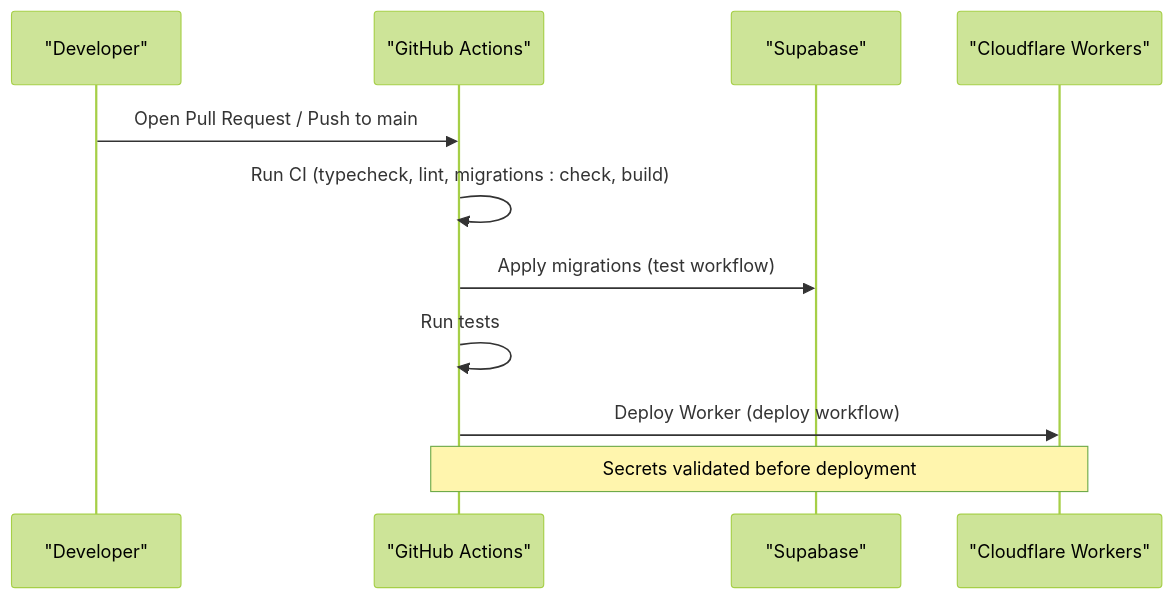
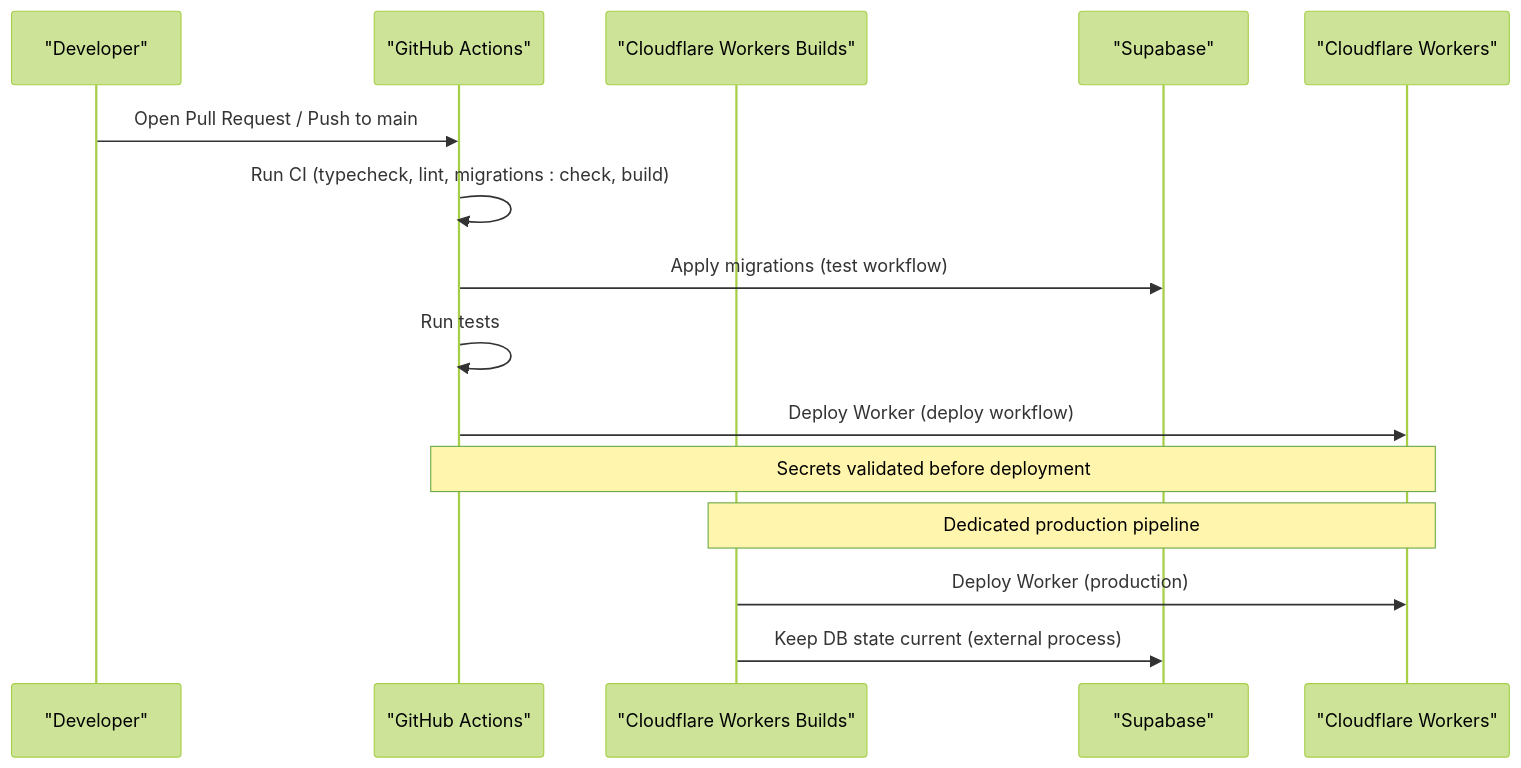
Before and after one commit to gastaldellomarco/pcReady: the second of 10 diagrams in .qoder/repowiki/en/content/Deployment and DevOps.md, drawn with Mermaid (forest theme). The commit also changed other lines of this file and 19 other files, not shown here.

````diff
--- a/.qoder/repowiki/en/content/Deployment and DevOps.md
+++ b/.qoder/repowiki/en/content/Deployment and DevOps.md
@@ -124,13 +137,17 @@
 ```mermaid
 sequenceDiagram
 participant Dev as "Developer"
 participant GH as "GitHub Actions"
+participant CW as "Cloudflare Workers Builds"
 participant SB as "Supabase"
 participant CF as "Cloudflare Workers"
 Dev->>GH : Open Pull Request / Push to main
 GH->>GH : Run CI (typecheck, lint, migrations : check, build)
 GH->>SB : Apply migrations (test workflow)
 GH->>GH : Run tests
 GH->>CF : Deploy Worker (deploy workflow)
 Note over GH,CF : Secrets validated before deployment
+Note over CW,CF : Dedicated production pipeline
+CW->>CF : Deploy Worker (production)
+CW->>SB : Keep DB state current (external process)
 ```
````
